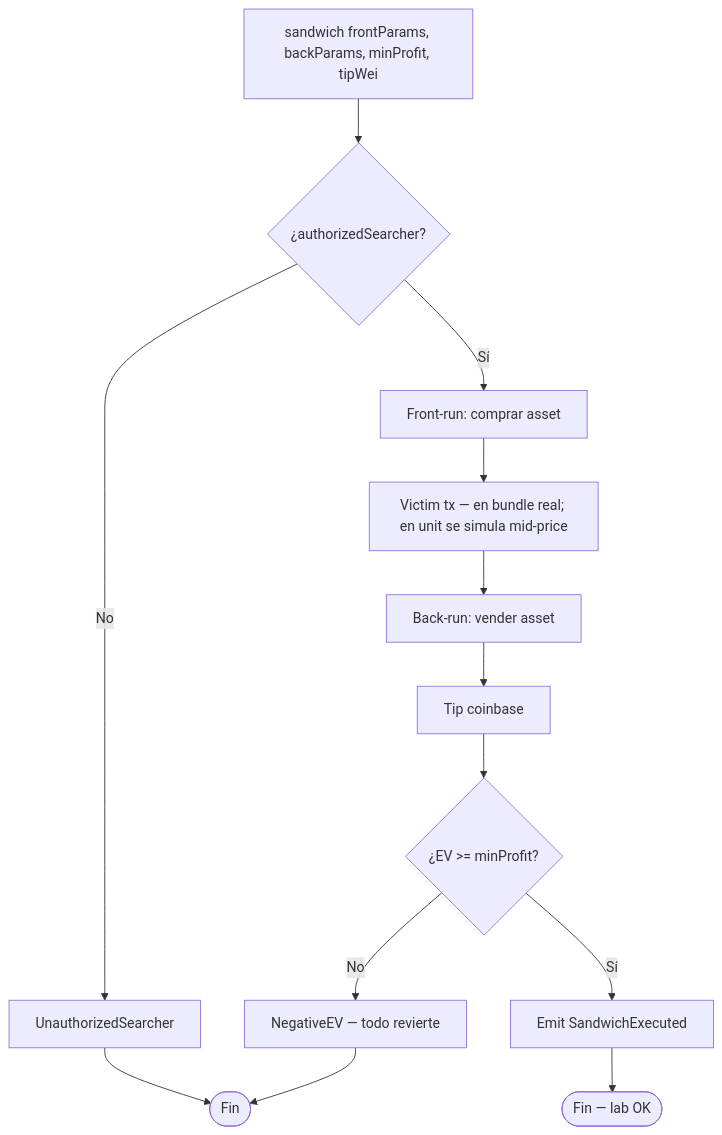
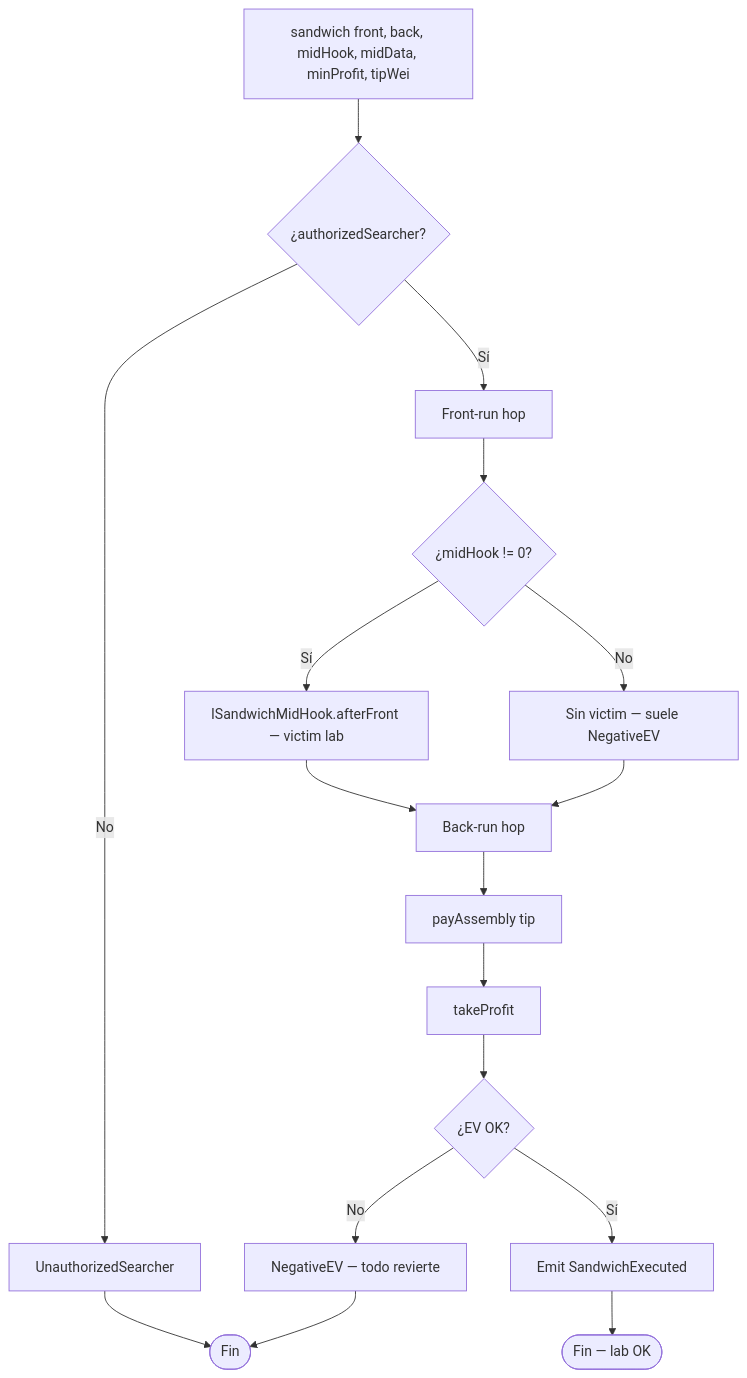
The fifth of 9 diagrams in doc/diagrama-de-flujo.md (rastrahm/mev-hft-infra), drawn with Mermaid before and after one commit. The commit also changed other lines of this file and 5 other files, not shown here.

````diff
--- a/doc/diagrama-de-flujo.md
+++ b/doc/diagrama-de-flujo.md
@@ -82,15 +80,19 @@
 ```mermaid
 flowchart TD
-    A[sandwich frontParams, backParams, minProfit, tipWei] --> B{¿authorizedSearcher?}
+    A[sandwich front, back, midHook, midData, minProfit, tipWei] --> B{¿authorizedSearcher?}
     B -->|No| Z[UnauthorizedSearcher]
-    B -->|Sí| C[Front-run: comprar asset]
-    C --> D[Victim tx — en bundle real; en unit se simula mid-price]
-    D --> E[Back-run: vender asset]
-    E --> F[Tip coinbase]
-    F --> G{¿EV >= minProfit?}
-    G -->|No| H[NegativeEV — todo revierte]
-    G -->|Sí| I[Emit SandwichExecuted]
+    B -->|Sí| C[Front-run hop]
+    C --> D{¿midHook != 0?}
+    D -->|Sí| E[ISandwichMidHook.afterFront — victim lab]
+    D -->|No| F[Sin victim — suele NegativeEV]
+    E --> G[Back-run hop]
+    F --> G
+    G --> H[payAssembly tip]
+    H --> I[takeProfit]
+    I --> J{¿EV OK?}
+    J -->|No| K[NegativeEV — todo revierte]
+    J -->|Sí| L[Emit SandwichExecuted]
     Z --> End([Fin])
-    H --> End
-    I --> Ok([Fin — lab OK])
+    K --> End
+    L --> Ok([Fin — lab OK])
 ```
````
